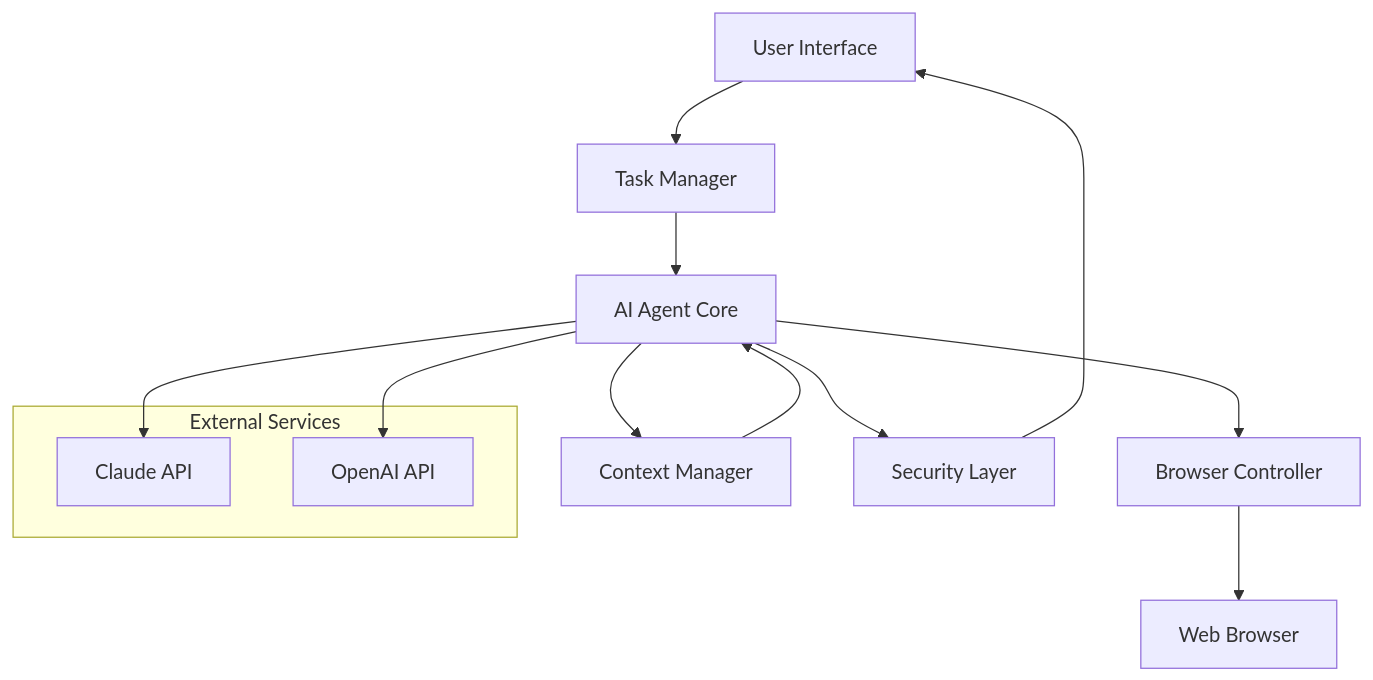
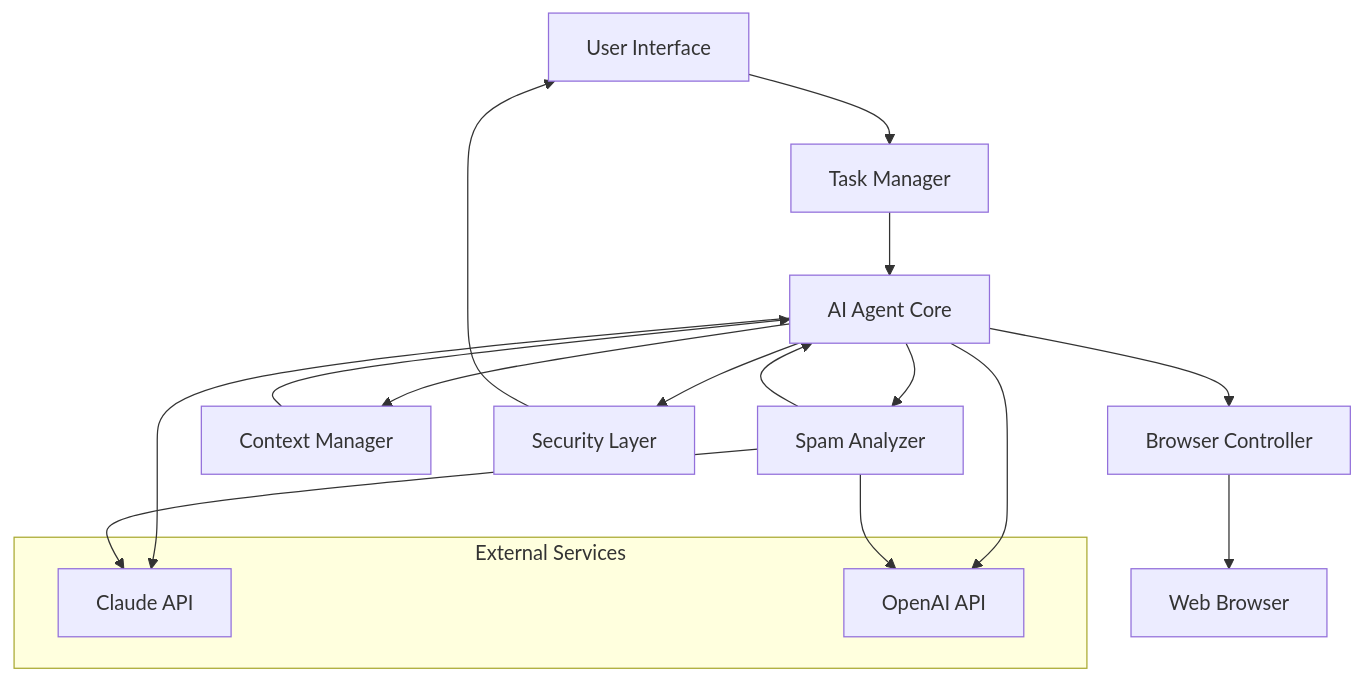
One commit to fxkevis/supset-aitz changed the first of 2 diagrams in .kiro/specs/ai-browser-agent/design.md. Above: the diagram before and after it, drawn with Mermaid. The commit also changed other lines of this file and 19 other files, not shown here.

````diff
--- a/.kiro/specs/ai-browser-agent/design.md
+++ b/.kiro/specs/ai-browser-agent/design.md
@@ -11,19 +11,23 @@
 ```mermaid
 graph TB
     UI[User Interface] --> TM[Task Manager]
     TM --> AI[AI Agent Core]
     AI --> BC[Browser Controller]
     AI --> CM[Context Manager]
     AI --> SL[Security Layer]
+    AI --> SA[Spam Analyzer]
     BC --> Browser[Web Browser]
     CM --> AI
     SL --> UI
+    SA --> AI
     
     subgraph "External Services"
         Claude[Claude API]
         OpenAI[OpenAI API]
     end
     
     AI --> Claude
     AI --> OpenAI
+    SA --> Claude
+    SA --> OpenAI
 ```
````
